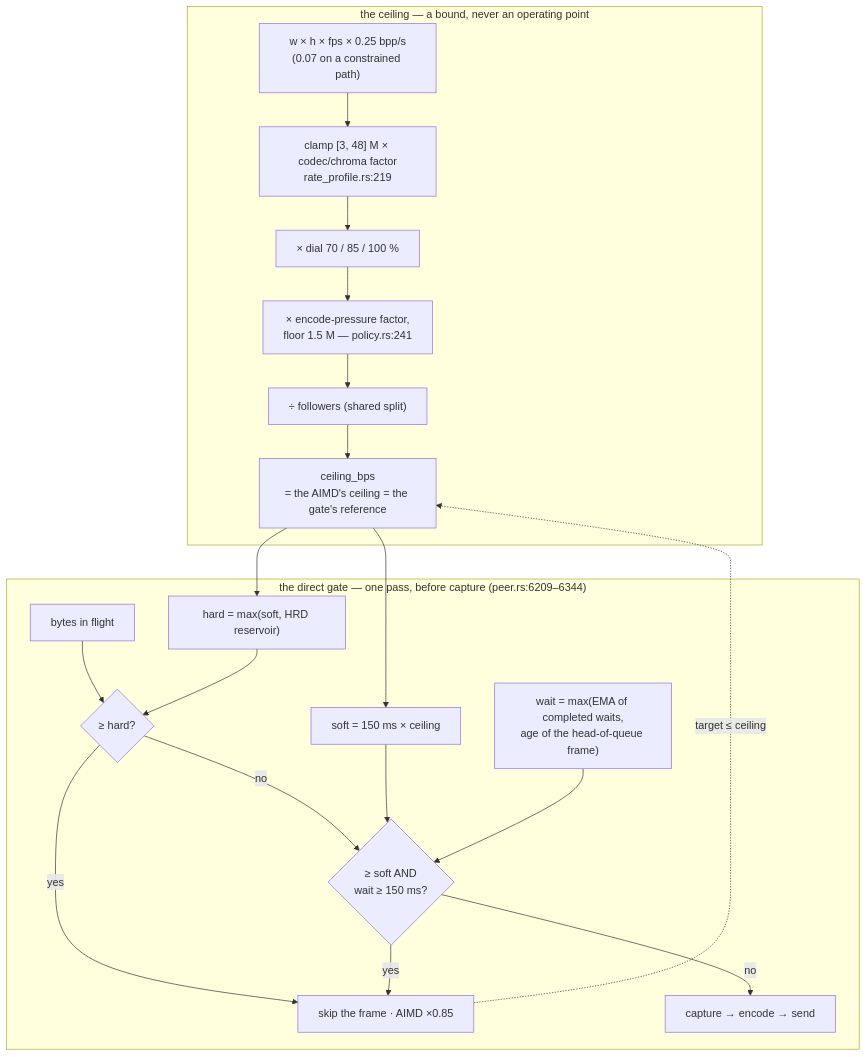
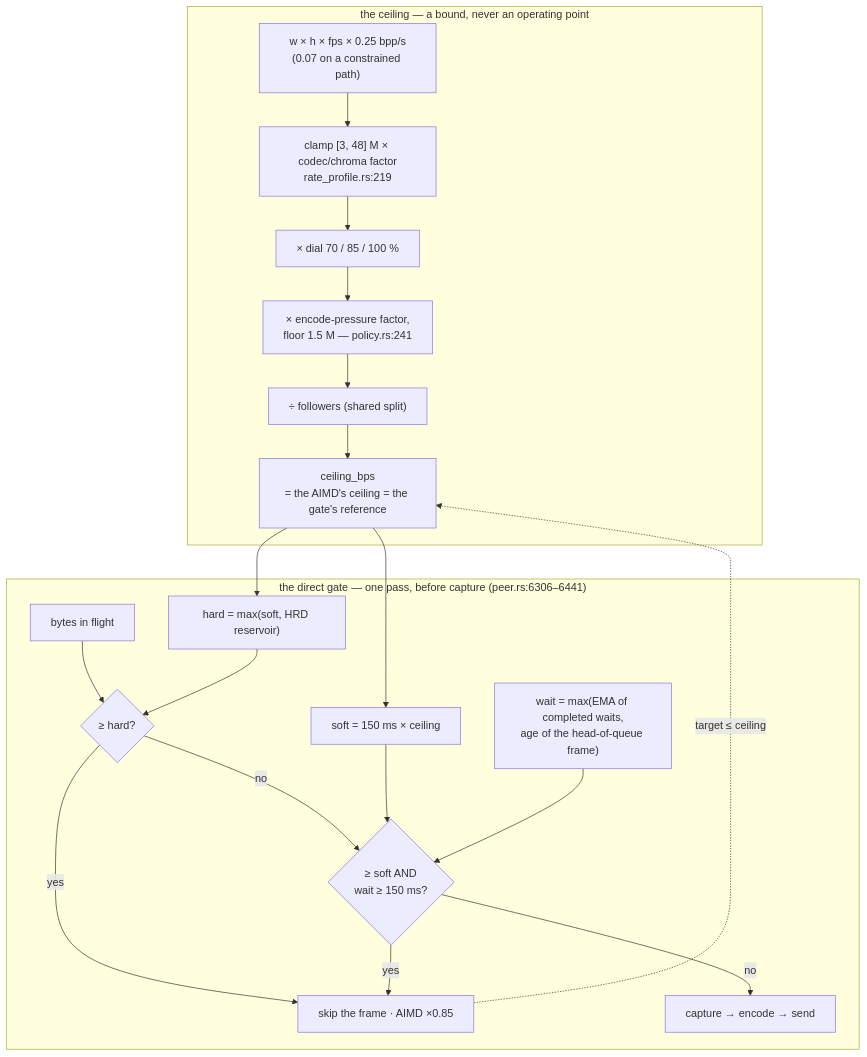
Before and after one commit to gjovanov/roomler-ai: the fifth of 10 diagrams in docs/rate-control.md, drawn with Mermaid. The commit also changed other lines of this file and 38 other files, not shown here.

````diff
--- a/docs/rate-control.md
+++ b/docs/rate-control.md
@@ -755,24 +755,24 @@
 ```mermaid
 flowchart TB
     subgraph ceiling["the ceiling — a bound, never an operating point"]
         G["w × h × fps × 0.25 bpp/s<br/>(0.07 on a constrained path)"] --> C["clamp [3, 48] M × codec/chroma factor<br/>rate_profile.rs:219"]
         C --> D["× dial 70 / 85 / 100 %"]
         D --> E["× encode-pressure factor,<br/>floor 1.5 M — policy.rs:241"]
         E --> S["÷ followers (shared split)"]
         S --> CEIL["ceiling_bps<br/>= the AIMD's ceiling = the gate's reference"]
     end
-    subgraph gate["the direct gate — one pass, before capture (peer.rs:6209–6344)"]
+    subgraph gate["the direct gate — one pass, before capture (peer.rs:6306–6441)"]
         CEIL --> SOFT["soft = 150 ms × ceiling"]
         CEIL --> HARD["hard = max(soft, HRD reservoir)"]
         W["wait = max(EMA of completed waits,<br/>age of the head-of-queue frame)"]
         Q["bytes in flight"] --> H{"≥ hard?"}
         HARD --> H
         H -- yes --> TRIP["skip the frame · AIMD ×0.85"]
         H -- no --> SQ{"≥ soft AND<br/>wait ≥ 150 ms?"}
         SOFT --> SQ
         W --> SQ
         SQ -- yes --> TRIP
         SQ -- no --> PASS["capture → encode → send"]
     end
     TRIP -.->|"target ≤ ceiling"| CEIL
 ```
````
